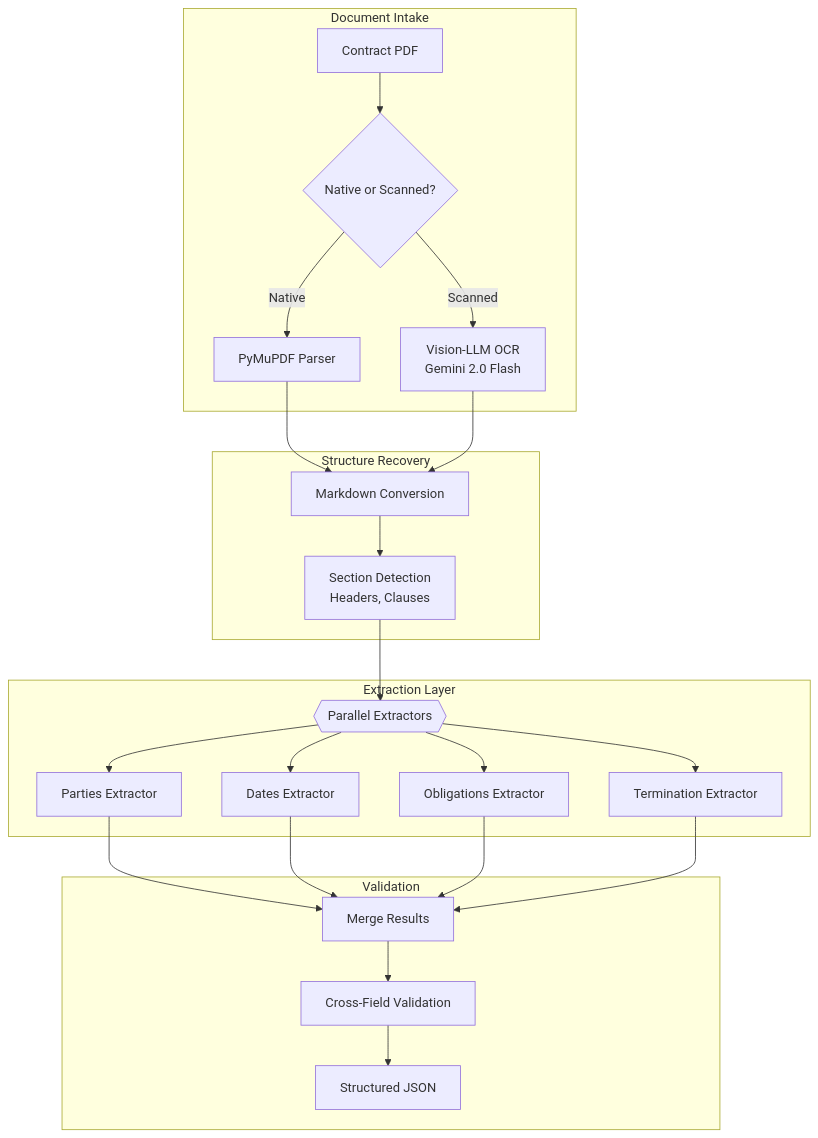
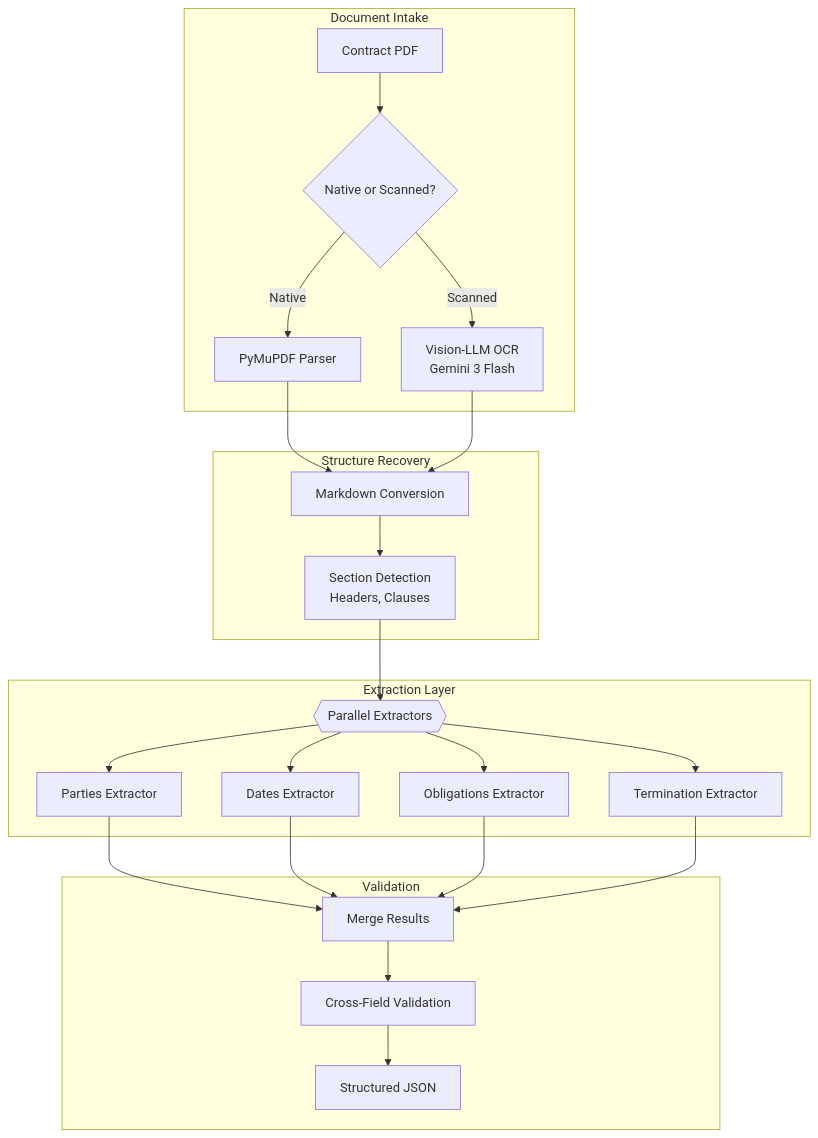
One commit to SyedMoasib000/ai-system-design-guide changed the first of 2 diagrams in 16-case-studies/10-document-intelligence.md. Above: the diagram before and after it, drawn with Mermaid. The commit also changed other lines of this file and 2 other files, not shown here.

Commit message:
docs: update Gemini 2.0 references to Gemini 3 (Dec 2025 release)

````diff
--- a/16-case-studies/10-document-intelligence.md
+++ b/16-case-studies/10-document-intelligence.md
@@ -24,31 +24,31 @@
 ```mermaid
 flowchart TB
     subgraph Intake["Document Intake"]
         PDF[Contract PDF] --> CLASSIFY{Native or Scanned?}
         CLASSIFY -->|Native| PARSE[PyMuPDF Parser]
-        CLASSIFY -->|Scanned| OCR[Vision-LLM OCR<br/>Gemini 2.0 Flash]
+        CLASSIFY -->|Scanned| OCR[Vision-LLM OCR<br/>Gemini 3 Flash]
     end
 
     subgraph Structure["Structure Recovery"]
         PARSE --> MARKDOWN[Markdown Conversion]
         OCR --> MARKDOWN
         MARKDOWN --> SECTION[Section Detection<br/>Headers, Clauses]
     end
 
     subgraph Extract["Extraction Layer"]
         SECTION --> PARALLEL{{"Parallel Extractors"}}
         PARALLEL --> E1[Parties Extractor]
         PARALLEL --> E2[Dates Extractor]
         PARALLEL --> E3[Obligations Extractor]
         PARALLEL --> E4[Termination Extractor]
     end
 
     subgraph Validate["Validation"]
         E1 --> MERGE[Merge Results]
         E2 --> MERGE
         E3 --> MERGE
         E4 --> MERGE
         MERGE --> VALIDATE[Cross-Field Validation]
         VALIDATE --> OUTPUT[Structured JSON]
     end
 ```
````
